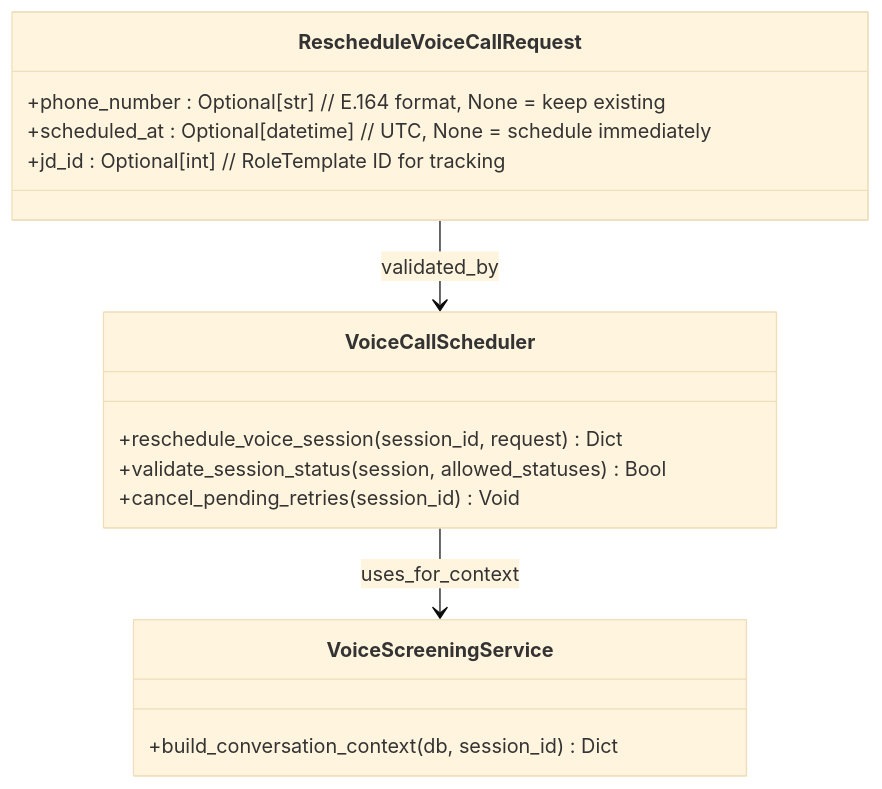
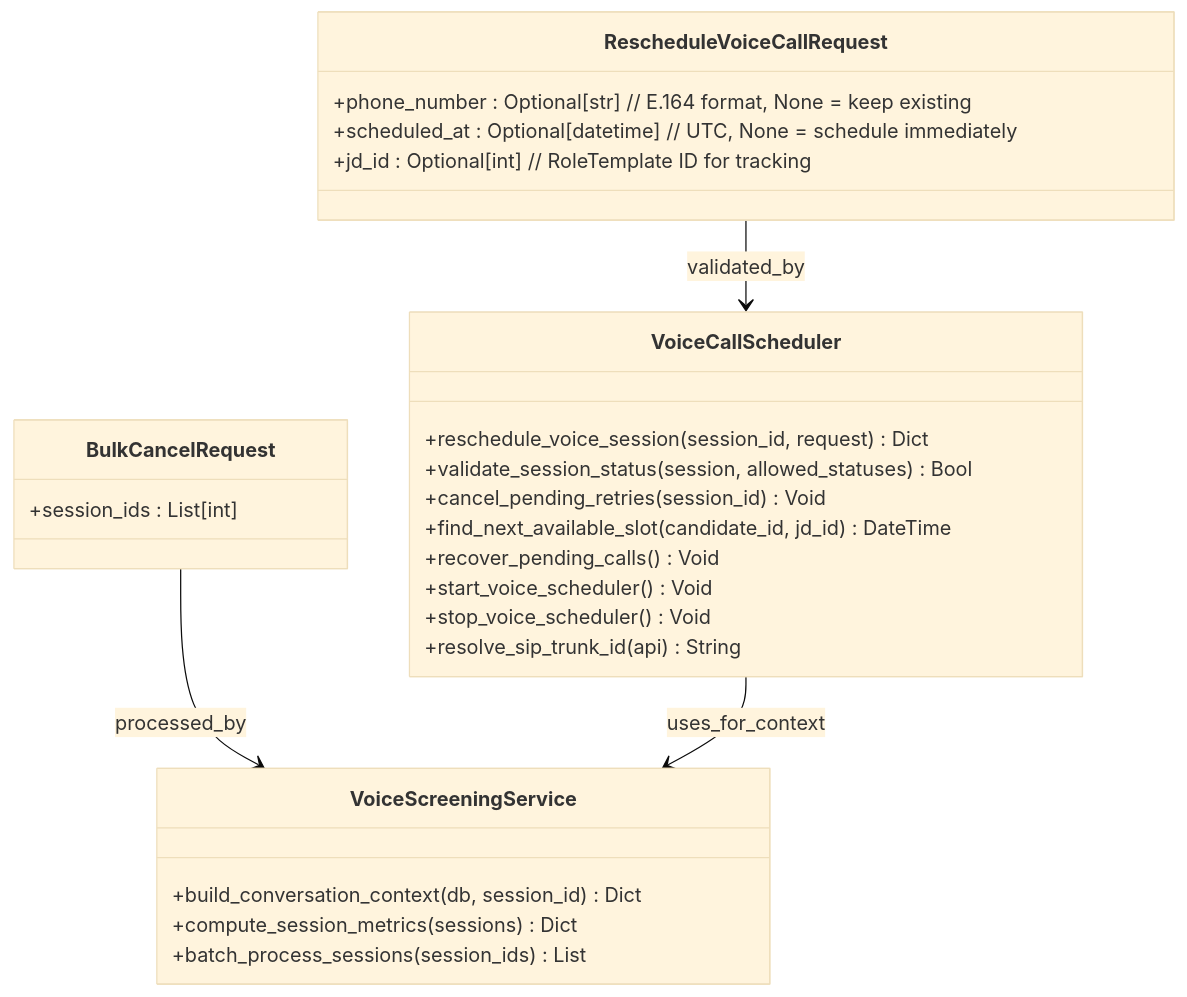
One commit to Revanththetalogics/aireume changed the seventh of 9 diagrams in .qoder/repowiki/en/content/API Reference/Voice Screening System.md. Above: the diagram before and after it, drawn with Mermaid (base theme). The commit also changed other lines of this file and 118 other files, not shown here.

````diff
--- a/.qoder/repowiki/en/content/API Reference/Voice Screening System.md
+++ b/.qoder/repowiki/en/content/API Reference/Voice Screening System.md
@@ -690,18 +1222,29 @@
 ```mermaid
 classDiagram
 class RescheduleVoiceCallRequest {
 +phone_number : Optional[str] // E.164 format, None = keep existing
 +scheduled_at : Optional[datetime] // UTC, None = schedule immediately
 +jd_id : Optional[int] // RoleTemplate ID for tracking
 }
+class BulkCancelRequest {
++session_ids : List[int]
+}
 class VoiceCallScheduler {
 +reschedule_voice_session(session_id, request) Dict
 +validate_session_status(session, allowed_statuses) Bool
 +cancel_pending_retries(session_id) Void
++find_next_available_slot(candidate_id, jd_id) DateTime
++recover_pending_calls() Void
++start_voice_scheduler() Void
++stop_voice_scheduler() Void
++resolve_sip_trunk_id(api) String
 }
 class VoiceScreeningService {
 +build_conversation_context(db, session_id) Dict
++compute_session_metrics(sessions) Dict
++batch_process_sessions(session_ids) List
 }
 RescheduleVoiceCallRequest --> VoiceCallScheduler : validated_by
+BulkCancelRequest --> VoiceScreeningService : processed_by
 VoiceCallScheduler --> VoiceScreeningService : uses_for_context
 ```
````
